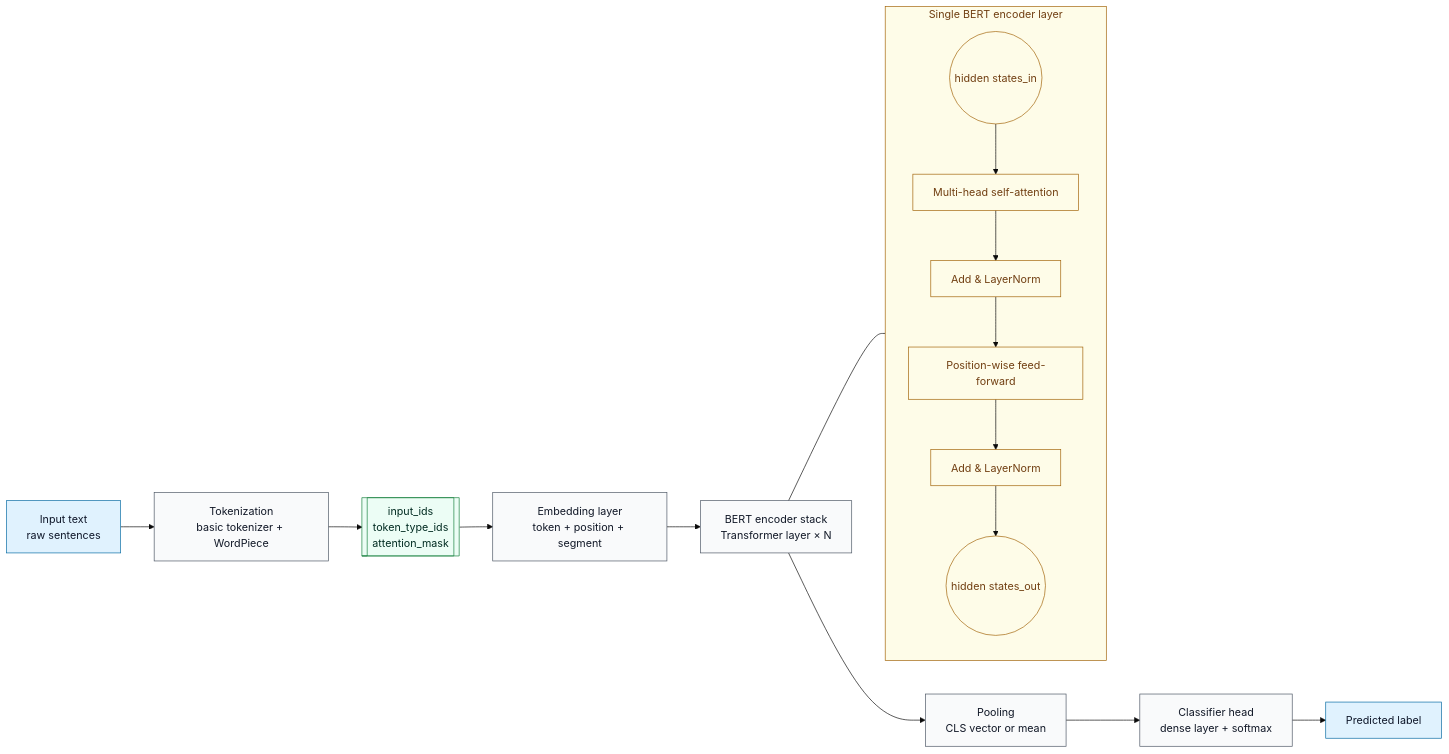
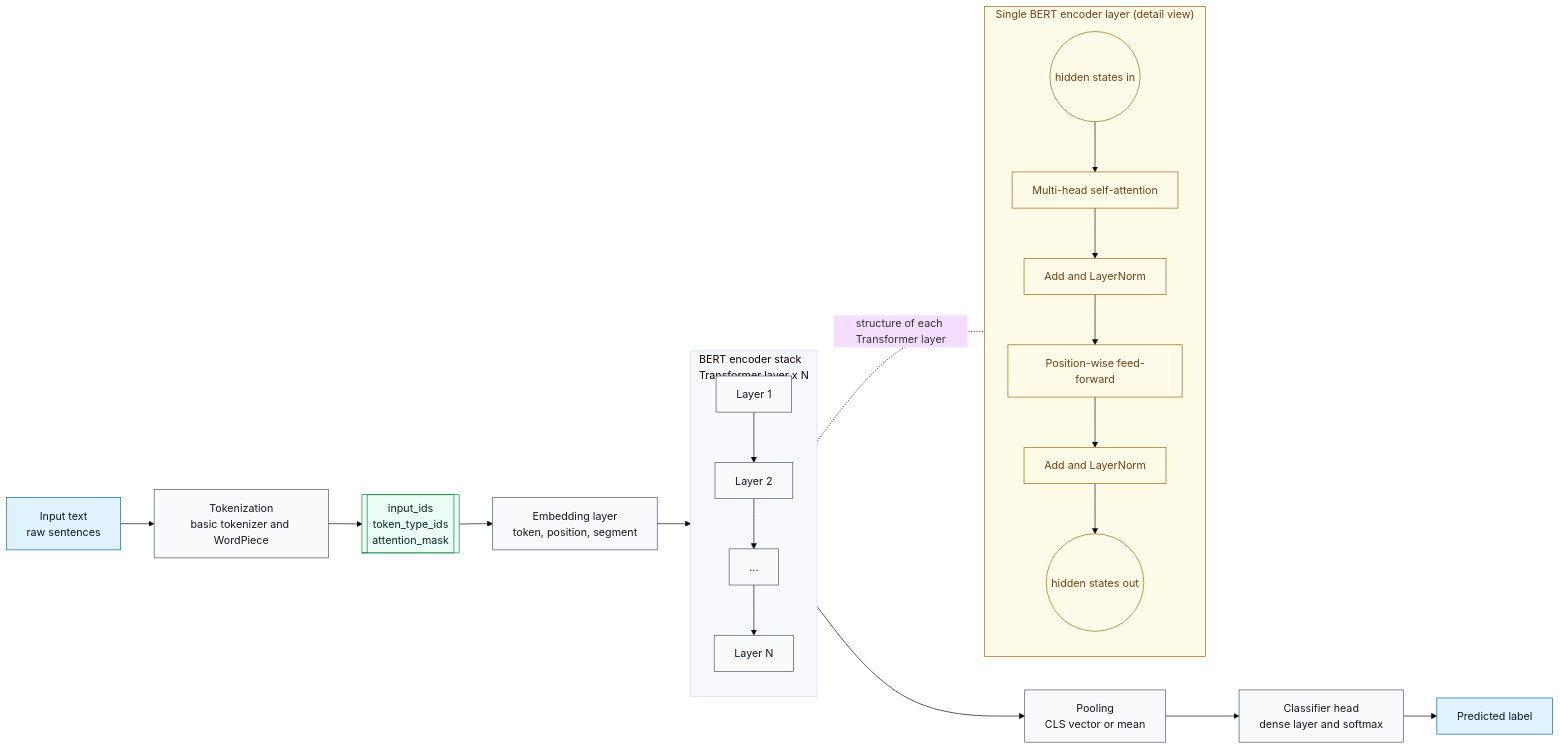
The first of 2 diagrams in README.md (csw314/Local-LLM), drawn with Mermaid (base theme) before and after one commit.

````diff
--- a/README.md
+++ b/README.md
@@ -386,52 +386,57 @@
 ```mermaid
 flowchart LR
     %% =========================
     %% HIGH-LEVEL BERT PIPELINE
     %% =========================
 
     %% Stage 1: Text -> Tokens
-    A[Input text<br/>raw sentences] --> B[Tokenization<br/>basic tokenizer + WordPiece];
+    A[Input text<br/>raw sentences] --> B[Tokenization<br/>basic tokenizer and WordPiece]
 
     %% Stage 2: Tokens -> IDs & masks
-    B --> C[[input_ids<br/>token_type_ids<br/>attention_mask]];
+    B --> C[[input_ids<br/>token_type_ids<br/>attention_mask]]
 
     %% Stage 3: IDs -> Embeddings
-    C --> D[Embedding layer<br/>token + position + segment];
+    C --> D[Embedding layer<br/>token, position, segment]
 
-    %% Stage 4: Encoder stack
-    D --> E[BERT encoder stack<br/>Transformer layer × N];
+    %% Stage 4: Encoder stack (Layer 1 ... Layer N)
+    subgraph STACK["BERT encoder stack<br/>Transformer layer x N"]
+        direction TB
+        L1["Layer 1"] --> L2["Layer 2"] --> Lmid["..."] --> LN["Layer N"]
+    end
+
+    D --> L1
 
     %% Stage 5: Pooling & classifier
-    E --> F[Pooling<br/>CLS vector or mean];
-    F --> G[Classifier head<br/>dense layer + softmax];
-    G --> H[Predicted label];
+    LN --> F[Pooling<br/>CLS vector or mean]
+    F --> G[Classifier head<br/>dense layer and softmax]
+    G --> H[Predicted label]
 
     %% =====================================
     %% DETAIL: A SINGLE TRANSFORMER LAYER
     %% =====================================
-    subgraph ENC["Single BERT encoder layer"]
+    subgraph ENC["Single BERT encoder layer (detail view)"]
         direction TB
-        E_in((hidden states_in)) --> MHA[Multi-head self-attention];
-        MHA --> AddNorm1[Add & LayerNorm];
-        AddNorm1 --> FFN[Position-wise feed-forward];
-        FFN --> AddNorm2[Add & LayerNorm];
-        AddNorm2 --> E_out((hidden states_out));
+        E_in((hidden states in)) --> MHA[Multi-head self-attention]
+        MHA --> AddNorm1[Add and LayerNorm]
+        AddNorm1 --> FFN[Position-wise feed-forward]
+        FFN --> AddNorm2[Add and LayerNorm]
+        AddNorm2 --> E_out((hidden states out))
     end
 
-    %% Attach layer detail to the encoder stack
-    E --- ENC;
+    %% Conceptual link: stack <-> single-layer detail
+    L2 -. "structure of each Transformer layer" .- ENC
 
-    %% ==========
-    %% STYLING
-    %% ==========
+    %% ========== 
+    %% STYLING 
+    %% ========== 
     classDef data fill:#e0f2fe,stroke:#0369a1,stroke-width:1px,color:#0f172a;
     classDef tensor fill:#ecfdf5,stroke:#15803d,stroke-width:1px,color:#022c22;
     classDef op fill:#f9fafb,stroke:#4b5563,stroke-width:1px,color:#111827;
     classDef encdetail fill:#fefce8,stroke:#a16207,stroke-width:1px,color:#713f12;
 
     class A,H data;
     class C tensor;
-    class B,D,E,F,G op;
+    class B,D,L1,L2,Lmid,LN,F,G op;
     class ENC,MHA,FFN,AddNorm1,AddNorm2,E_in,E_out encdetail;
- 
+
 ```
````
